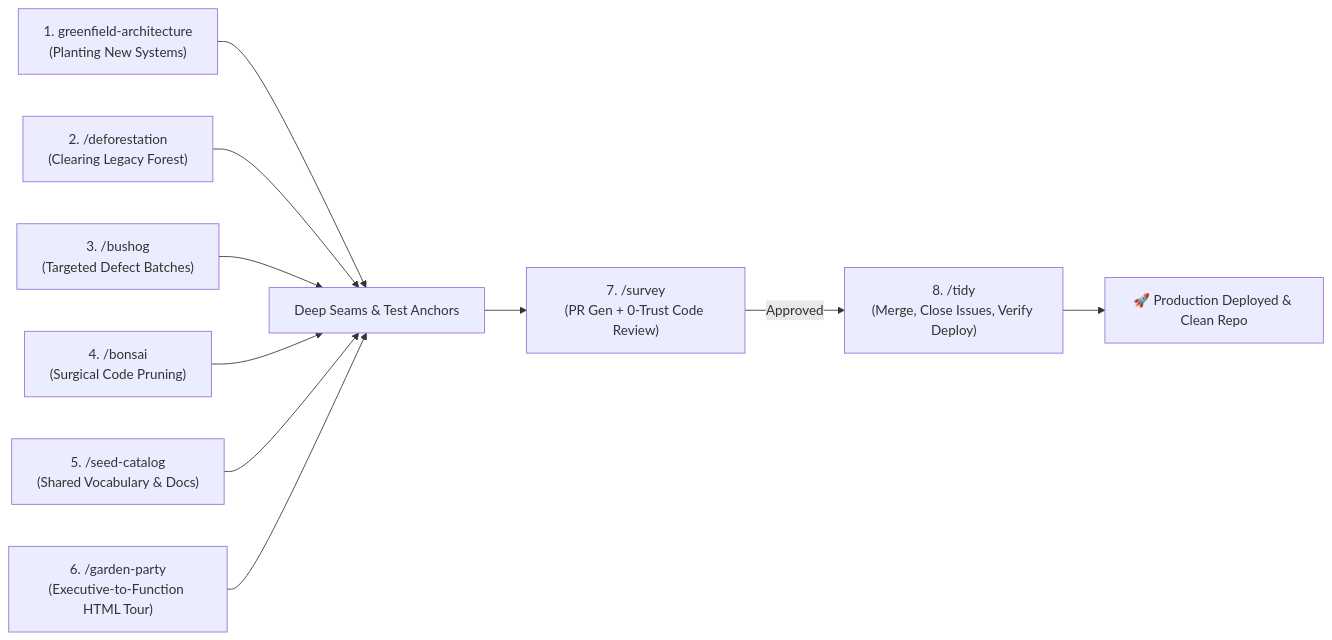
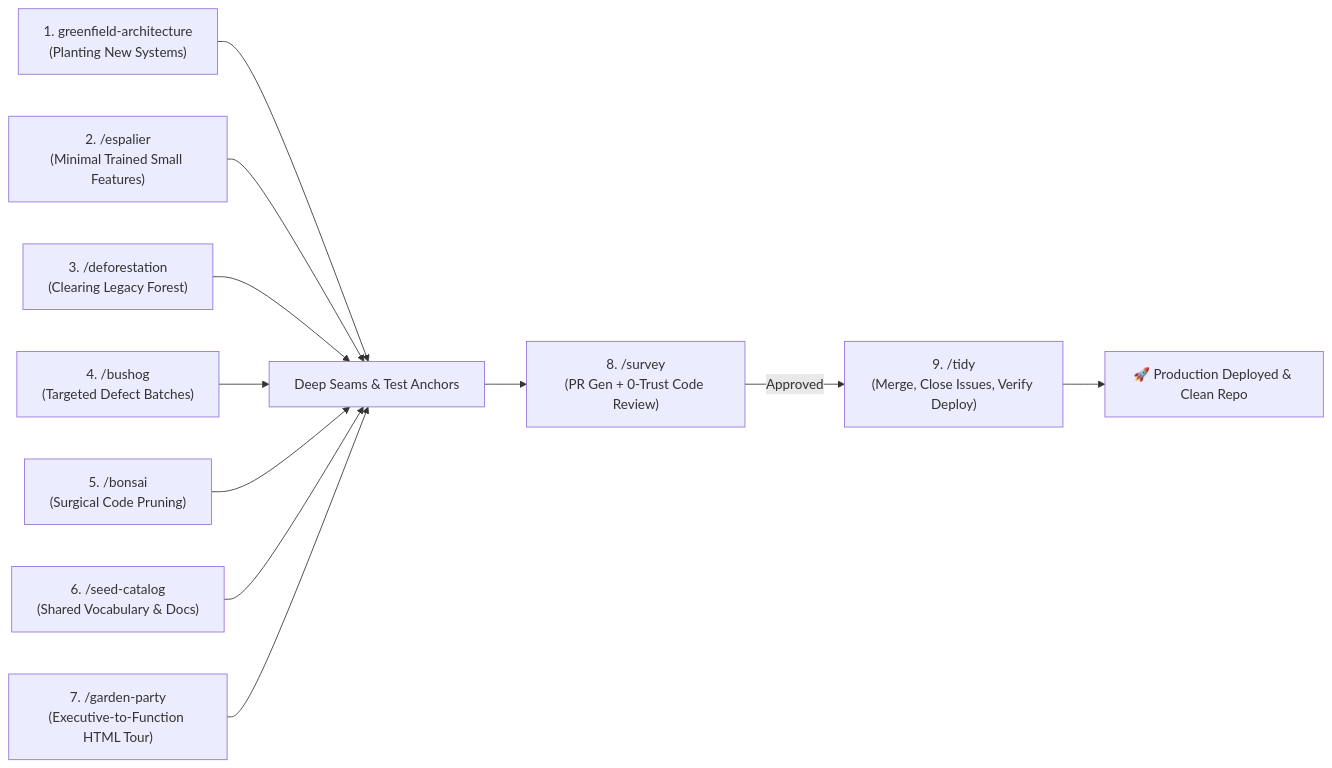
The first of 3 diagrams in README.md (mcmxciillan/code-gardening), drawn with Mermaid before and after one commit. The commit also changed other lines of this file and 10 other files, not shown here.

Commit message:
feat(espalier): add /espalier minimal-code small feature skill combining greenfield-architecture and bonsai (#3)

````diff
--- a/README.md
+++ b/README.md
@@ -30,12 +31,13 @@
 ```mermaid
 graph LR
     A["1. greenfield-architecture<br>(Planting New Systems)"] --> G["Deep Seams & Test Anchors"]
-    B["2. /deforestation<br>(Clearing Legacy Forest)"] --> G
-    C["3. /bushog<br>(Targeted Defect Batches)"] --> G
-    H["4. /bonsai<br>(Surgical Code Pruning)"] --> G
-    S["5. /seed-catalog<br>(Shared Vocabulary & Docs)"] --> G
-    P["6. /garden-party<br>(Executive-to-Function HTML Tour)"] --> G
-    G --> D["7. /survey<br>(PR Gen + 0-Trust Code Review)"]
-    D -->|Approved| E["8. /tidy<br>(Merge, Close Issues, Verify Deploy)"]
+    E1["2. /espalier<br>(Minimal Trained Small Features)"] --> G
+    B["3. /deforestation<br>(Clearing Legacy Forest)"] --> G
+    C["4. /bushog<br>(Targeted Defect Batches)"] --> G
+    H["5. /bonsai<br>(Surgical Code Pruning)"] --> G
+    S["6. /seed-catalog<br>(Shared Vocabulary & Docs)"] --> G
+    P["7. /garden-party<br>(Executive-to-Function HTML Tour)"] --> G
+    G --> D["8. /survey<br>(PR Gen + 0-Trust Code Review)"]
+    D -->|Approved| E["9. /tidy<br>(Merge, Close Issues, Verify Deploy)"]
     E --> F["🚀 Production Deployed & Clean Repo"]
 ```
````
